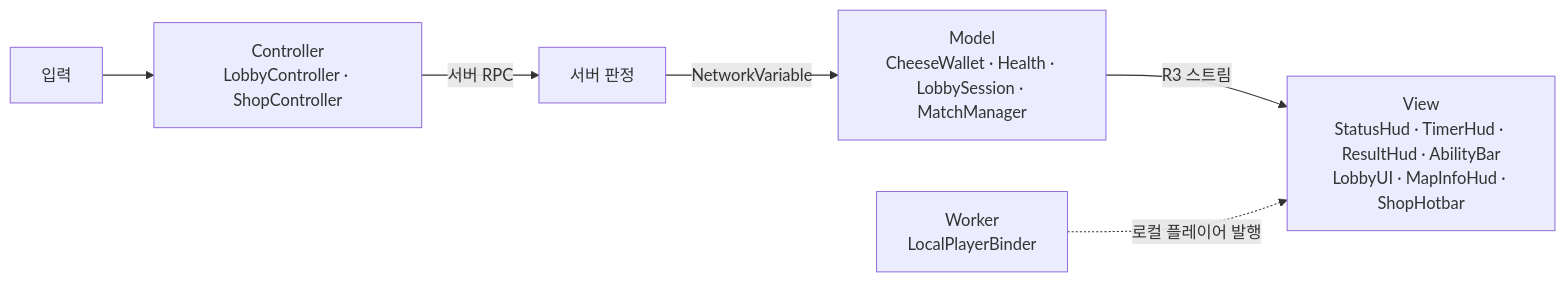
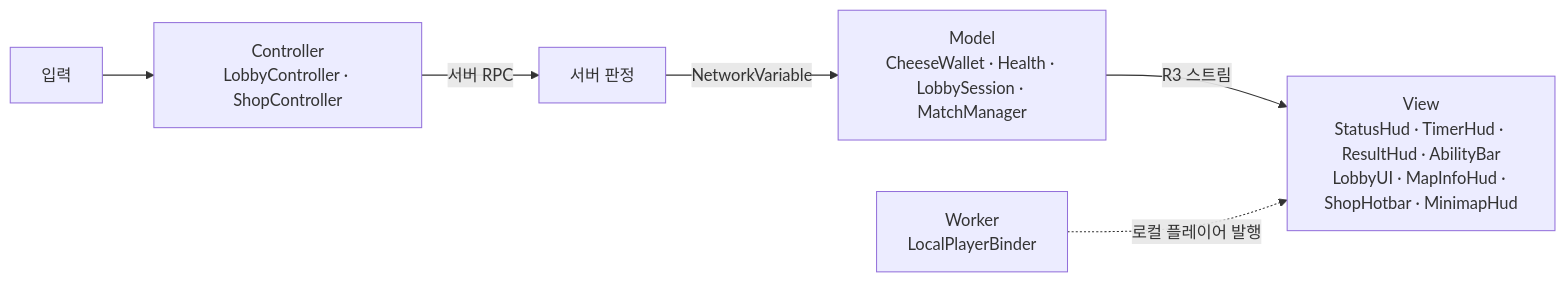
One commit to JeahanPark/The-Cheese-Thief-and-the-Cat changed diagram 30 of 36 in CTC/docs/design-vault/코드 다이어그램.md. Above: the diagram before and after it, drawn with Mermaid. The commit also changed other lines of this file and 11 other files, not shown here.

First line of the commit message:
feat(minimap): 마커 Model·좌상단 View — 상점·발견한 치즈·내 구조물만 (Task 3·4)

````diff
--- a/CTC/docs/design-vault/코드 다이어그램.md
+++ b/CTC/docs/design-vault/코드 다이어그램.md
@@ -1626,8 +1682,8 @@
 ```mermaid
 flowchart LR
     Input[입력] --> C[Controller<br/>LobbyController · ShopController]
     C -->|서버 RPC| S[서버 판정]
     S -->|NetworkVariable| M[Model<br/>CheeseWallet · Health · LobbySession · MatchManager]
-    M -->|R3 스트림| V[View<br/>StatusHud · TimerHud · ResultHud · AbilityBar<br/>LobbyUI · MapInfoHud · ShopHotbar]
+    M -->|R3 스트림| V[View<br/>StatusHud · TimerHud · ResultHud · AbilityBar<br/>LobbyUI · MapInfoHud · ShopHotbar · MinimapHud]
     W[Worker<br/>LocalPlayerBinder] -.로컬 플레이어 발행.-> V
 ```
````
